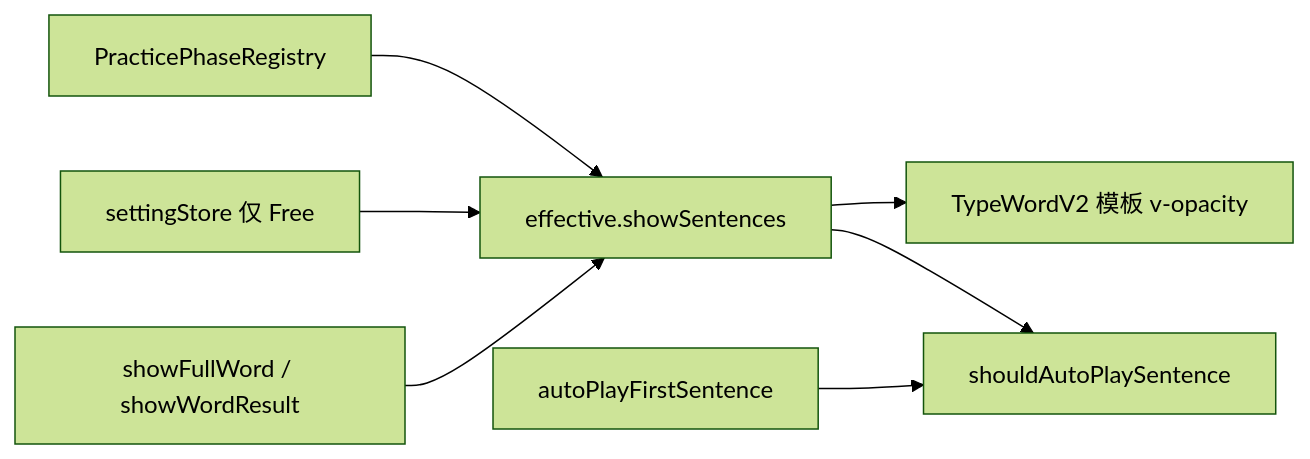
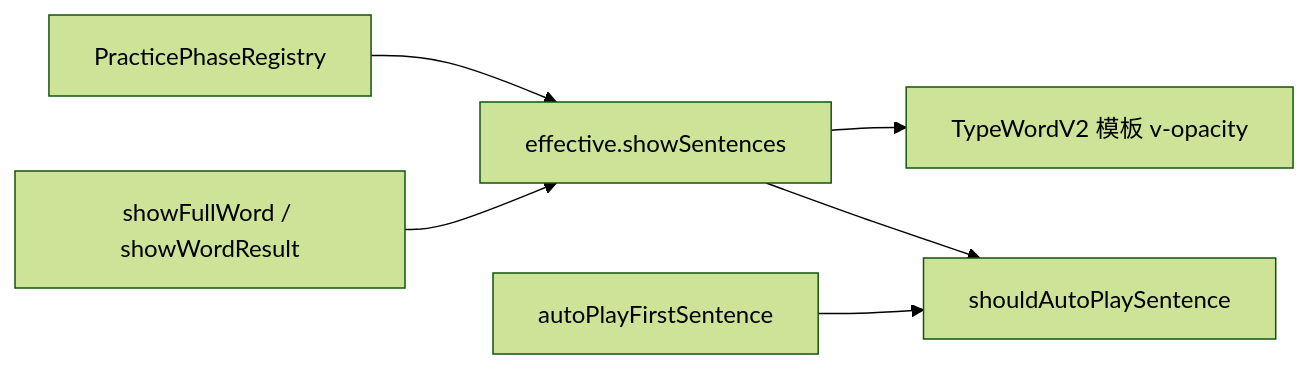
Before and after one commit to zyronon/TypeWords: the seventh of 8 diagrams in docs/practice-words-v2-refactor.md, drawn with Mermaid (forest theme). The commit also changed other lines of this file and 5 other files, not shown here.

````diff
--- a/docs/practice-words-v2-refactor.md
+++ b/docs/practice-words-v2-refactor.md
@@ -992,9 +846,8 @@
 ```mermaid
 flowchart LR
   Registry["PracticePhaseRegistry"] --> effective["effective.showSentences"]
-  settingStoreFree["settingStore 仅 Free"] --> effective
   localReveal["showFullWord / showWordResult"] --> effective
   effective --> template["TypeWordV2 模板 v-opacity"]
   effective --> audio["shouldAutoPlaySentence"]
   autoPlaySetting["autoPlayFirstSentence"] --> audio
 ```
````
